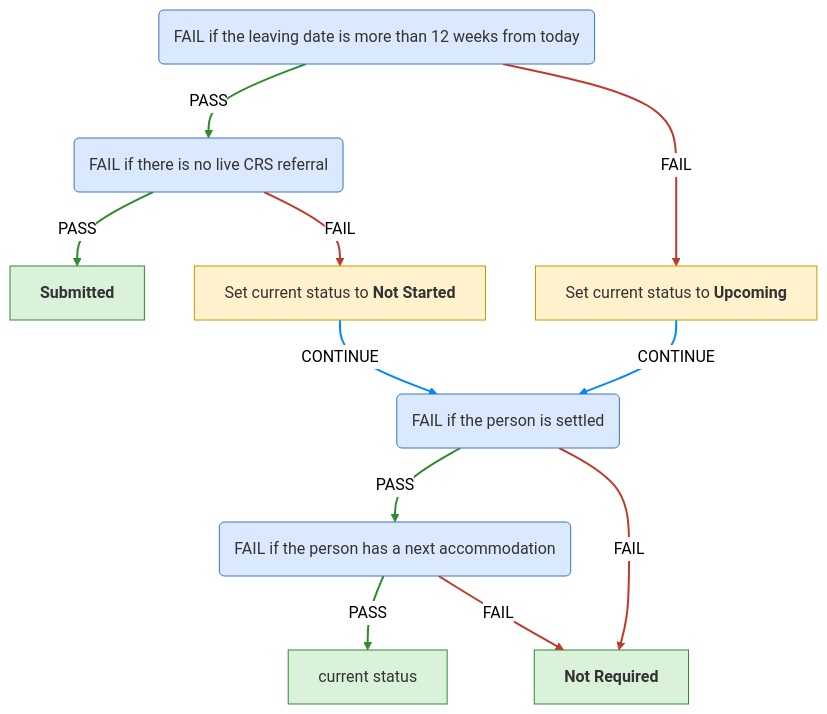
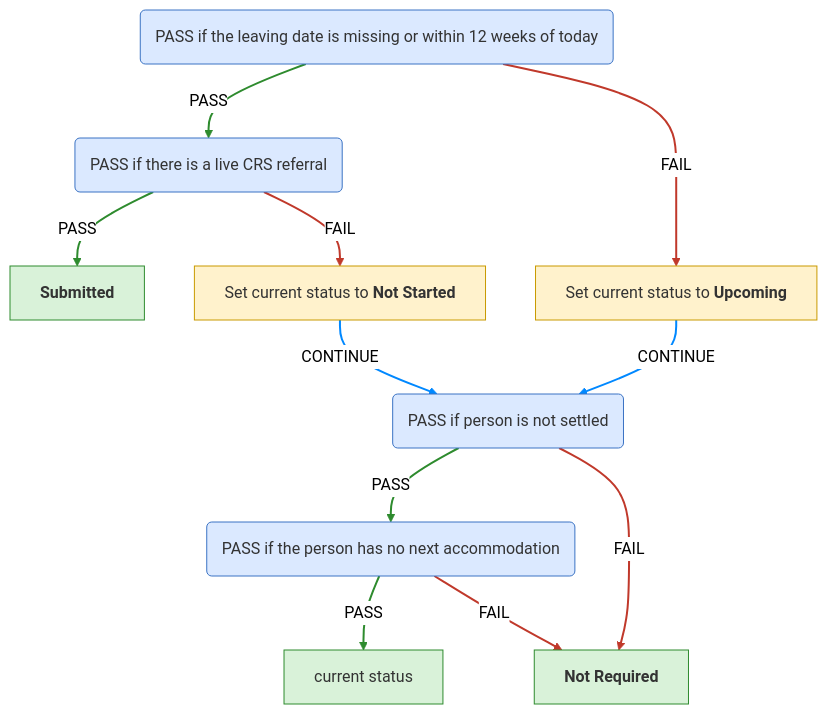
One commit to ministryofjustice/hmpps-single-accommodation-service-api changed the fourth of 6 diagrams in docs/eligibility-rules-graph.md. Above: the diagram before and after it, drawn with Mermaid (neutral theme). The commit also changed other lines of this file and 14 other files, not shown here.

Commit message:
chore/SAS-1703-Adjust-layout-of-graphs-to-make-them-more-user-friendly

````diff
--- a/docs/eligibility-rules-graph.md
+++ b/docs/eligibility-rules-graph.md
@@ -644,32 +644,32 @@
 ```mermaid
 %%{init: {"flowchart": {"wrappingWidth": 800}}}%%
 flowchart TD
-  PASS_if_the_leaving_date_is_missing_or_within_12_weeks_of_today("<div style='text-align:left'>FAIL if the leaving date is more than 12 weeks from today</div>")
-  PASS_if_there_is_a_live_CRS_referral("<div style='text-align:left'>FAIL if there is no live CRS referral</div>")
+  PASS_if_the_leaving_date_is_missing_or_within_12_weeks_of_today("<div style='text-align:left'>PASS if the leaving date is missing or within 12 weeks of today</div>")
+  PASS_if_there_is_a_live_CRS_referral("<div style='text-align:left'>PASS if there is a live CRS referral</div>")
   CRS_SUBMITTED["<b>Submitted</b>"]
-  PASS_if_person_is_not_settled("<div style='text-align:left'>FAIL if the person is settled</div>")
-  PASS_if_the_person_has_no_next_accommodation("<div style='text-align:left'>FAIL if the person has a next accommodation</div>")
+  PASS_if_person_is_not_settled("<div style='text-align:left'>PASS if person is not settled</div>")
+  PASS_if_the_person_has_no_next_accommodation("<div style='text-align:left'>PASS if the person has no next accommodation</div>")
   confirmed["current status"]
   CRS_NOT_REQUIRED["<b>Not Required</b>"]
   updater_CrsStartContextUpdater_PASS_if_person_is_not_settled["Set current status to <b>Not Started</b>"]
   updater_CrsUpcomingContextUpdater_PASS_if_person_is_not_settled["Set current status to <b>Upcoming</b>"]
   PASS_if_there_is_a_live_CRS_referral -->|PASS| CRS_SUBMITTED
   PASS_if_the_person_has_no_next_accommodation -->|PASS| confirmed
   PASS_if_the_person_has_no_next_accommodation -->|FAIL| CRS_NOT_REQUIRED
   PASS_if_person_is_not_settled -->|PASS| PASS_if_the_person_has_no_next_accommodation
   PASS_if_person_is_not_settled -->|FAIL| CRS_NOT_REQUIRED
   PASS_if_there_is_a_live_CRS_referral -->|FAIL| updater_CrsStartContextUpdater_PASS_if_person_is_not_settled
   updater_CrsStartContextUpdater_PASS_if_person_is_not_settled -->|CONTINUE| PASS_if_person_is_not_settled
   PASS_if_the_leaving_date_is_missing_or_within_12_weeks_of_today -->|PASS| PASS_if_there_is_a_live_CRS_referral
   PASS_if_the_leaving_date_is_missing_or_within_12_weeks_of_today -->|FAIL| updater_CrsUpcomingContextUpdater_PASS_if_person_is_not_settled
   updater_CrsUpcomingContextUpdater_PASS_if_person_is_not_settled -->|CONTINUE| PASS_if_person_is_not_settled
   linkStyle 0,1,3,7 stroke:#2e8b2e,stroke-width:2px
   linkStyle 2,4,5,8 stroke:#c0392b,stroke-width:2px
   linkStyle 6,9 stroke:#0088ff,stroke-width:2px
   classDef ruleSetNode fill:#dbe9ff,stroke:#3b73c4,color:#333
   classDef outcomeNode fill:#d9f2d9,stroke:#2e8b2e,color:#333
   classDef updaterNode fill:#fff2cc,stroke:#c99a00,color:#333
   class PASS_if_the_leaving_date_is_missing_or_within_12_weeks_of_today,PASS_if_there_is_a_live_CRS_referral,PASS_if_person_is_not_settled,PASS_if_the_person_has_no_next_accommodation ruleSetNode
   class CRS_SUBMITTED,confirmed,CRS_NOT_REQUIRED outcomeNode
   class updater_CrsStartContextUpdater_PASS_if_person_is_not_settled,updater_CrsUpcomingContextUpdater_PASS_if_person_is_not_settled updaterNode
 ```
````
